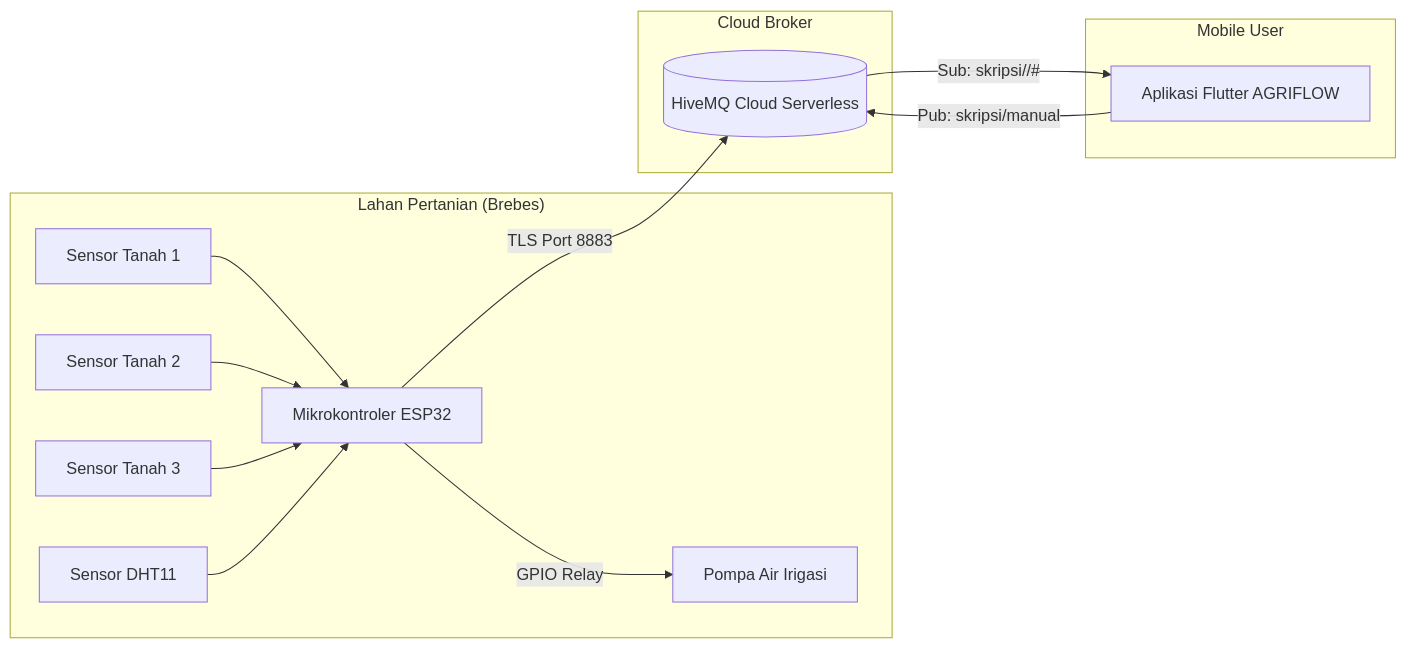
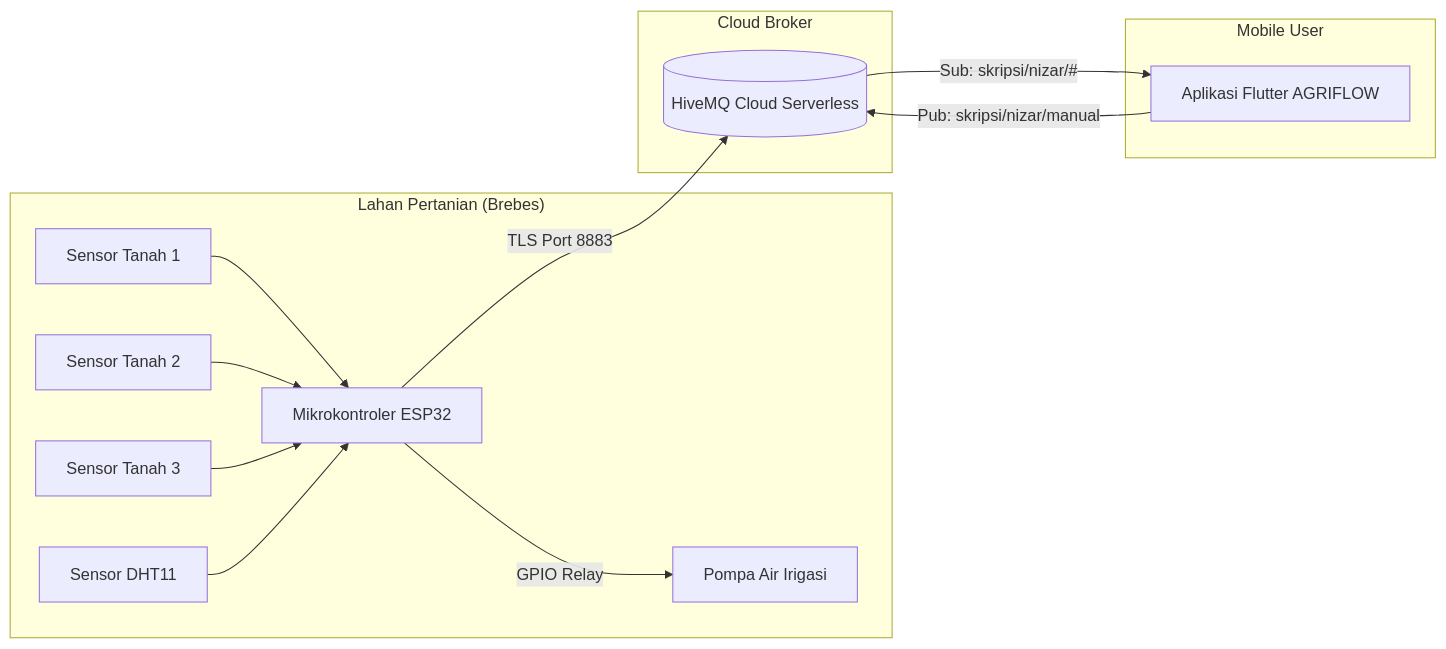
The diagram in README.md (alnizar22/agriflow-iot), drawn with Mermaid before and after one commit. The commit also changed other lines of this file and 14 other files, not shown here.

````diff
--- a/README.md
+++ b/README.md
@@ -50,19 +50,19 @@
 ```mermaid
 flowchart LR
     subgraph Farm ["Lahan Pertanian (Brebes)"]
         S1["Sensor Tanah 1"] --> ESP32["Mikrokontroler ESP32"]
         S2["Sensor Tanah 2"] --> ESP32
         S3["Sensor Tanah 3"] --> ESP32
         DHT["Sensor DHT11"] --> ESP32
         ESP32 -->|GPIO Relay| PUMP["Pompa Air Irigasi"]
     end
 
     subgraph Cloud ["Cloud Broker"]
         ESP32 -->|TLS Port 8883| BROKER[("HiveMQ Cloud Serverless")]
     end
 
     subgraph Mobile ["Mobile User"]
-        BROKER -->|Sub: skripsi//#| APP["Aplikasi Flutter AGRIFLOW"]
-        APP -->|Pub: skripsi/manual| BROKER
+        BROKER -->|Sub: skripsi/nizar/#| APP["Aplikasi Flutter AGRIFLOW"]
+        APP -->|Pub: skripsi/nizar/manual| BROKER
     end
 ```
````
